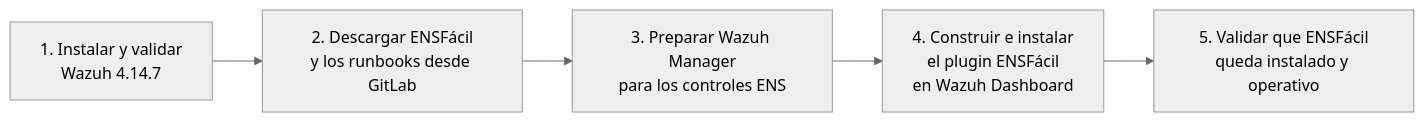
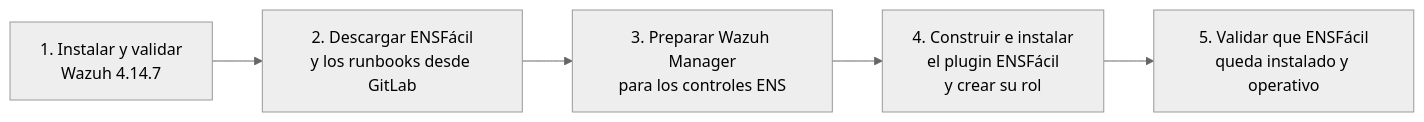
Before and after one commit to arseniteio/power-ens: the diagram in docs/deployment/01-installation-from-scratch.md, drawn with Mermaid (neutral theme). The commit also changed other lines of this file and 11 other files, not shown here.

Commit message:
docs: install and update ENSFácil as a standalone plugin

````diff
--- a/docs/deployment/01-installation-from-scratch.md
+++ b/docs/deployment/01-installation-from-scratch.md
@@ -76,7 +78,7 @@
 ```mermaid
 flowchart LR
   A["1. Instalar y validar<br/>Wazuh 4.14.7"] --> B["2. Descargar ENSFácil<br/>y los runbooks desde GitLab"]
   B --> C["3. Preparar Wazuh Manager<br/>para los controles ENS"]
-  C --> D["4. Construir e instalar<br/>el plugin ENSFácil<br/>en Wazuh Dashboard"]
+  C --> D["4. Construir e instalar<br/>el plugin ENSFácil<br/>y crear su rol"]
   D --> E["5. Validar que ENSFácil<br/>queda instalado y operativo"]
 ```
````
